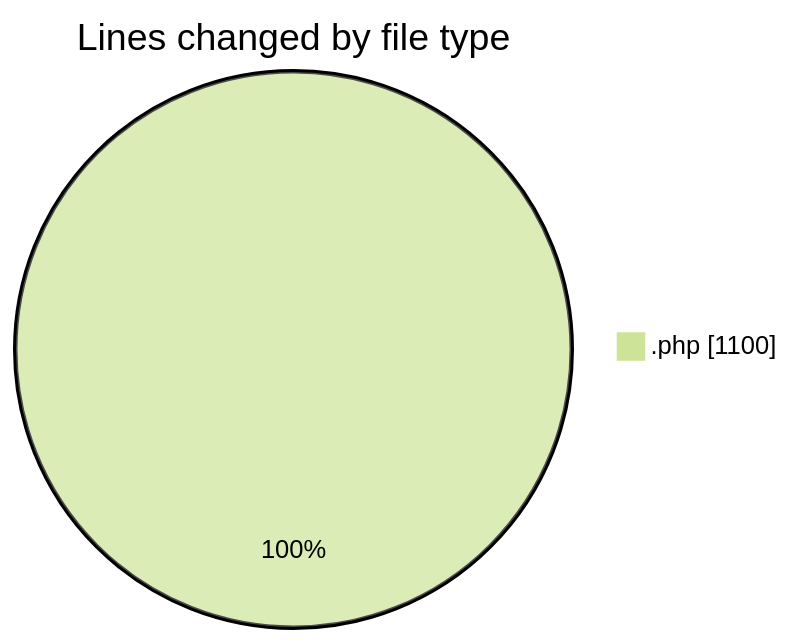
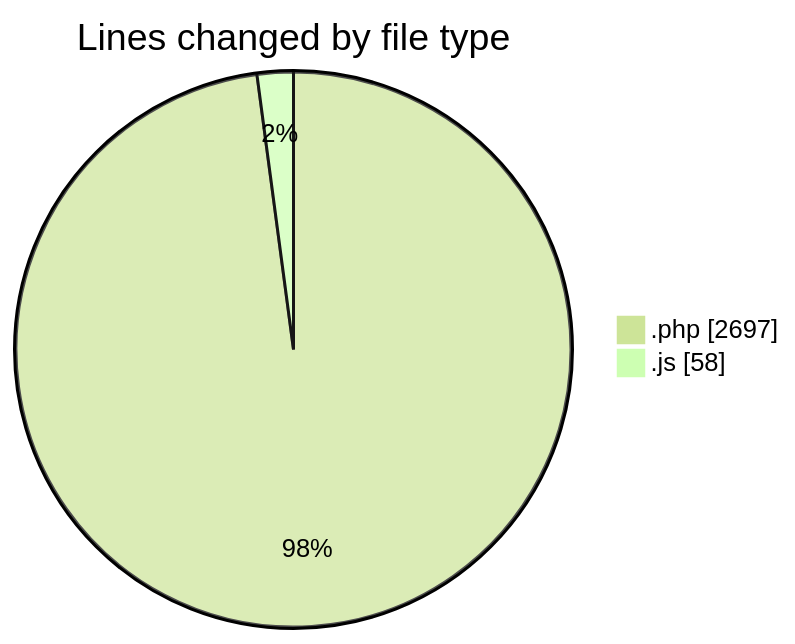
One commit to debugP/code-tracking changed the first of 2 diagrams in 2026-07-30/untitled__workspace_/README.md. Above: the diagram before and after it, drawn with Mermaid (forest theme). The commit also changed other lines of this file and 1 other file, not shown here.

````diff
--- a/2026-07-30/untitled__workspace_/README.md
+++ b/2026-07-30/untitled__workspace_/README.md
@@ -20,5 +21,6 @@
 ```mermaid
 pie showData
 title Lines changed by file type
-".php" : 1100
+".php" : 2697
+".js" : 58
 ```
````
